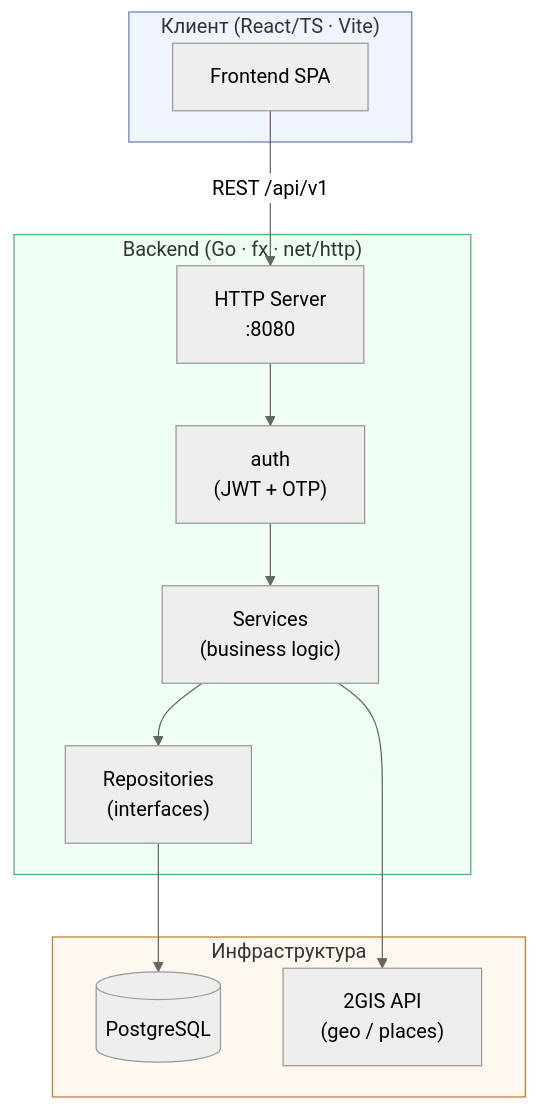
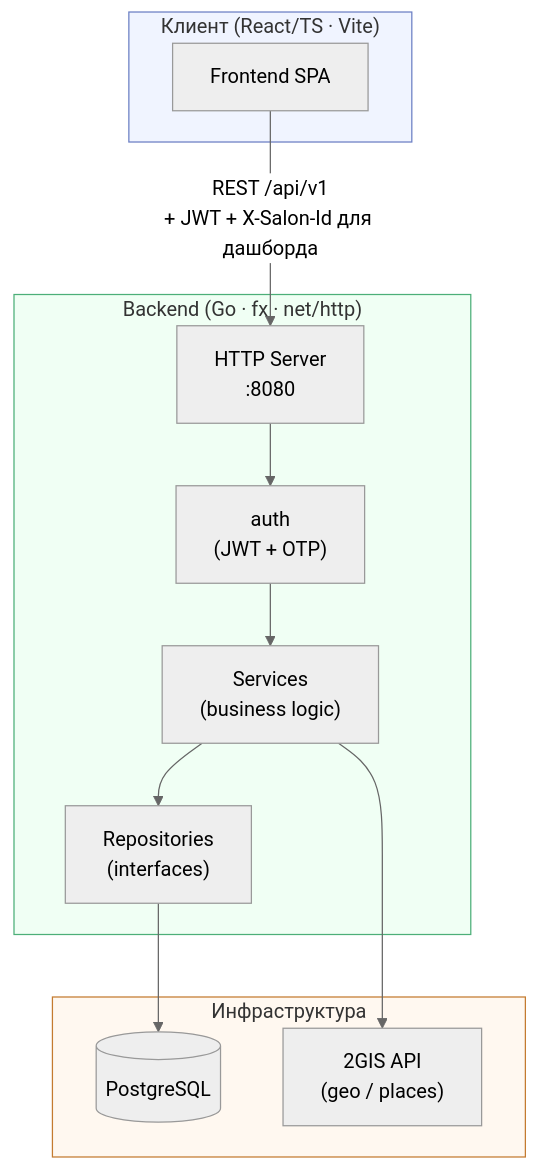
One commit to vvnezapnopwnz1/beauty-marketplace changed the diagram in docs/vault/architecture/overview.md. Above: the diagram before and after it, drawn with Mermaid (neutral theme). The commit also changed other lines of this file and 50 other files, not shown here.

````diff
--- a/docs/vault/architecture/overview.md
+++ b/docs/vault/architecture/overview.md
@@ -14,29 +14,29 @@
 ```mermaid
 graph TB
     subgraph Client["Клиент (React/TS · Vite)"]
         FE["Frontend SPA"]
     end
 
     subgraph Backend["Backend (Go · fx · net/http)"]
         API["HTTP Server\n:8080"]
         AUTH["auth\n(JWT + OTP)"]
         SVC["Services\n(business logic)"]
         REPO["Repositories\n(interfaces)"]
     end
 
     subgraph Infra["Инфраструктура"]
         PG[("PostgreSQL")]
         TWOGIS["2GIS API\n(geo / places)"]
     end
 
-    FE -->|"REST /api/v1"| API
+    FE -->|"REST /api/v1\n+ JWT + X-Salon-Id для дашборда"| API
     API --> AUTH
     AUTH --> SVC
     SVC --> REPO
     REPO --> PG
     SVC --> TWOGIS
 
     style Client fill:#f0f4ff,stroke:#6b7fc4
     style Backend fill:#f0fff4,stroke:#4caf78
     style Infra fill:#fff8f0,stroke:#c47b30
 ```
````
